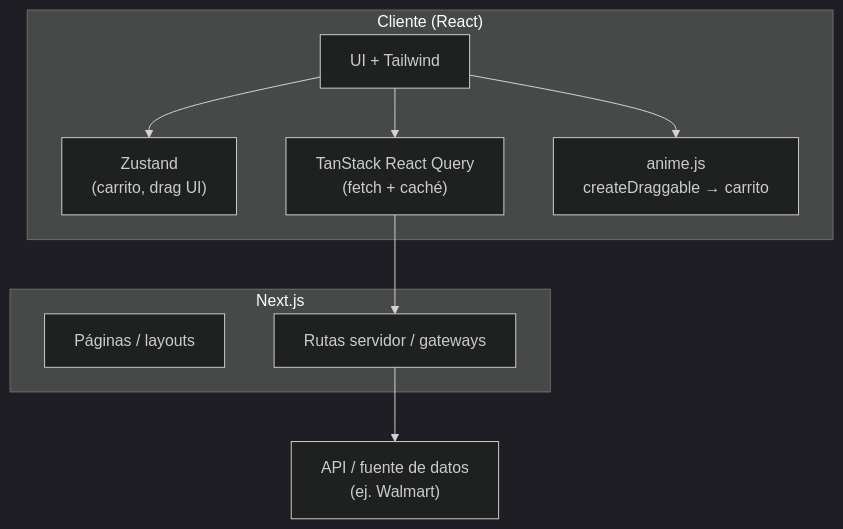
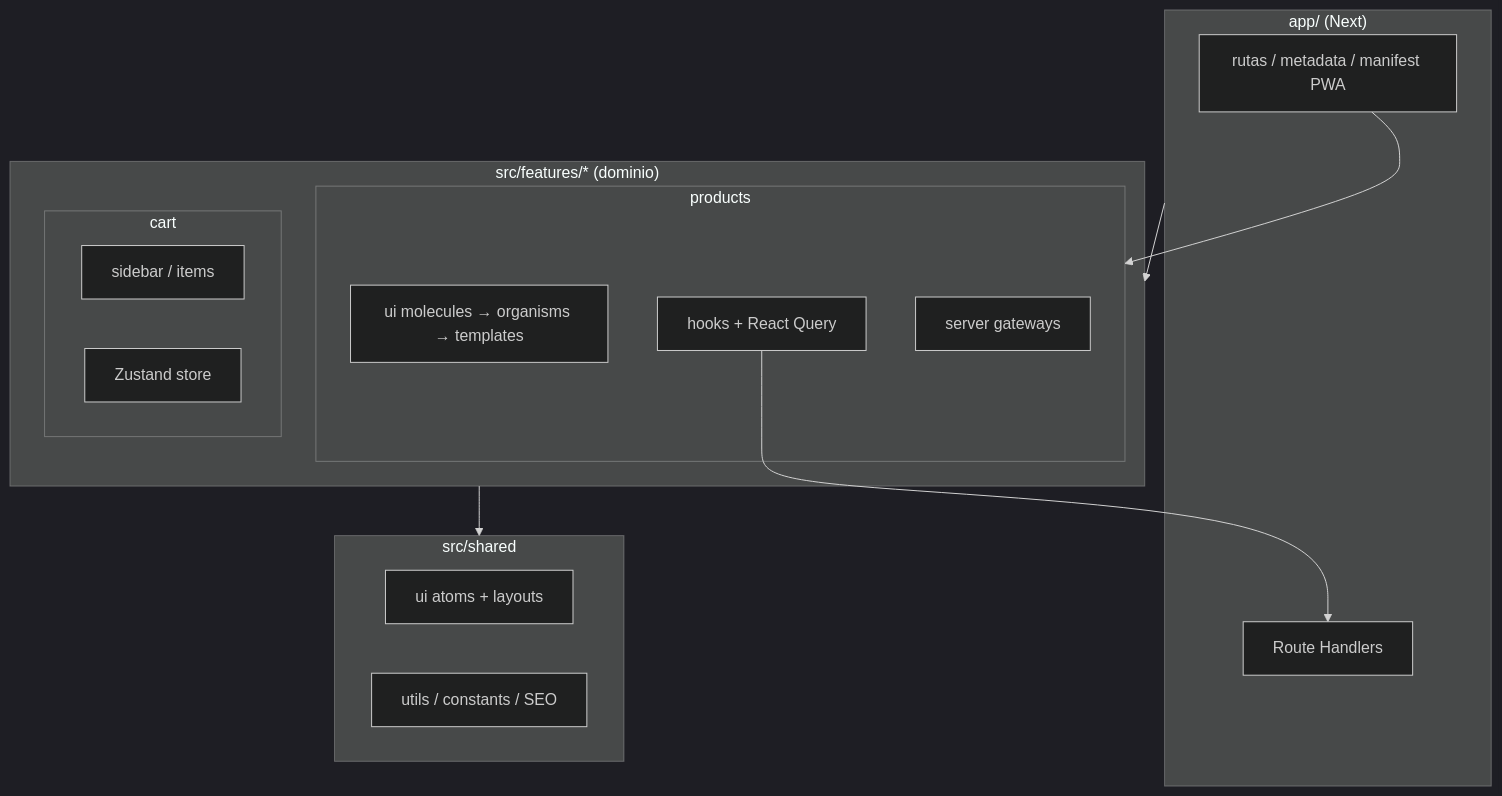
Before and after one commit to DVRKSKY/gapsi-ecommerce-amadeo-flores: the diagram in architecture.mmd, drawn with Mermaid (dark theme). The commit also changed 23 other files, not shown here.

```diff
--- a/architecture.mmd
+++ b/architecture.mmd
@@ -1,20 +1,29 @@
-%% gapsi-ecommerce — vista de capas (Mermaid)
+%% gapsi-ecommerce — capas y UX
 
 flowchart TB
-  subgraph cliente["Cliente (React)"]
-    UI["UI + Tailwind"]
-    Z["Zustand\n(carrito, drag UI)"]
-    RQ["TanStack React Query\n(fetch + caché)"]
-    AJ["anime.js\ncreateDraggable → carrito"]
+  subgraph app["app/ (Next)"]
+    R["rutas / metadata / manifest PWA"]
+    API["Route Handlers"]
   end
 
-  subgraph next["Next.js"]
-    P["Páginas / layouts"]
-    S["Rutas servidor / gateways"]
+  subgraph features["src/features/* (dominio)"]
+    subgraph products["products"]
+      PUI["ui molecules → organisms → templates"]
+      PH["hooks + React Query"]
+      PS["server gateways"]
+    end
+    subgraph cart["cart"]
+      CUI["sidebar / items"]
+      Z["Zustand store"]
+    end
   end
 
-  UI --> Z
-  UI --> RQ
-  UI --> AJ
-  RQ --> S
-  S --> EXT["API / fuente de datos\n(ej. Walmart)"]
+  subgraph shared["src/shared"]
+    A["ui atoms + layouts"]
+    U["utils / constants / SEO"]
+  end
+
+  app --> features
+  features --> shared
+  R --> products
+  PH --> API
```
